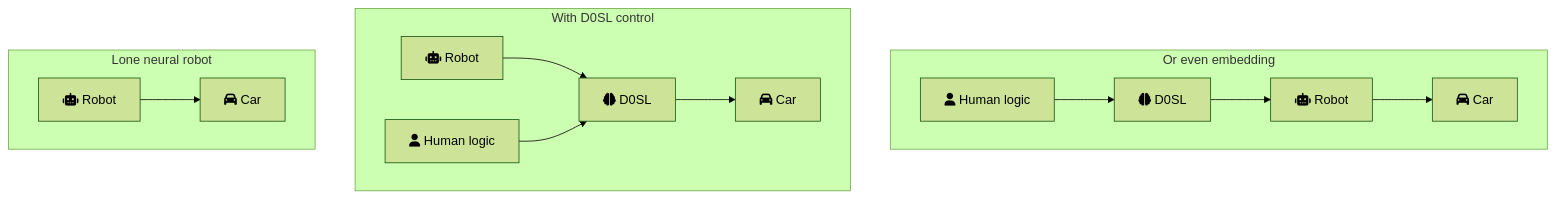
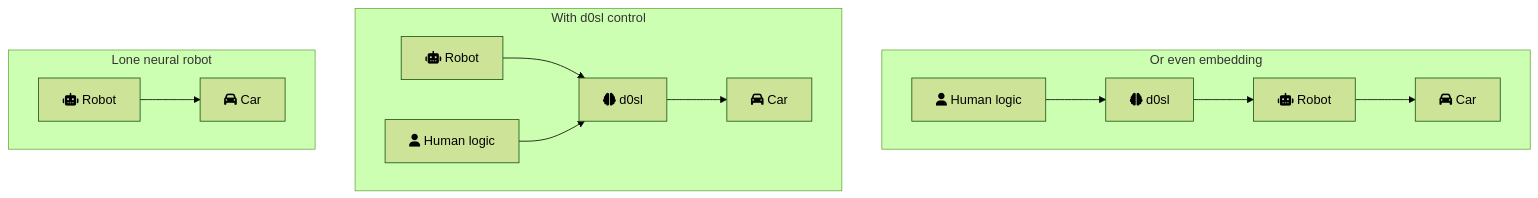
Before and after one commit to d0sl/doc-site: the diagram in content/en/_index.en.md, drawn with Mermaid (forest theme). The commit also changed other lines of this file and 7 other files, not shown here.

```diff
--- a/content/en/_index.en.md
+++ b/content/en/_index.en.md
@@ -31,17 +31,17 @@
 {{<mermaid align="left">}}
 graph TB
     subgraph Or even embedding
     c1[fa:fa-robot Robot]-->c2[fa:fa-car Car]
-    c3[fa:fa-user Human logic]-->c4[fa:fa-brain D0SL]
+    c3[fa:fa-user Human logic]-->c4[fa:fa-brain d0sl]
     c4-->c1
     end
-    subgraph With D0SL control
-    a1[fa:fa-robot Robot]-->a2[fa:fa-brain D0SL]
-    a4[fa:fa-user Human logic]-->a2[fa:fa-brain D0SL]
+    subgraph With d0sl control
+    a1[fa:fa-robot Robot]-->a2[fa:fa-brain d0sl]
+    a4[fa:fa-user Human logic]-->a2[fa:fa-brain d0sl]
     a2-->a3[fa:fa-car Car]
     end
     subgraph Lone neural robot
     b1[fa:fa-robot Robot]-->b2[fa:fa-car Car]
     end
 
 {{< /mermaid >}}
```
